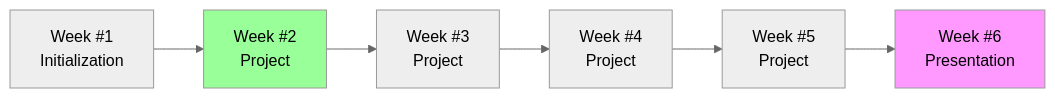
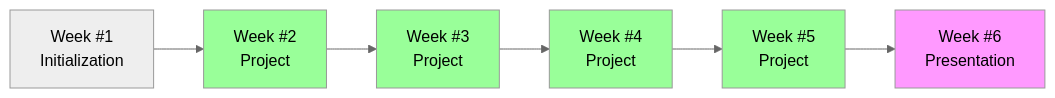
Before and after one commit to dubrayn/dubrayn.github.io: the third of 3 diagrams in IPS-DEV-TP/content.md, drawn with Mermaid (neutral theme). The commit also changed other lines of this file and 1 other file, not shown here.

```diff
--- a/IPS-DEV-TP/content.md
+++ b/IPS-DEV-TP/content.md
@@ -73,10 +74,13 @@
 <div class="mermaid">
     graph LR
     A["Week #1<br/>Initialization"] --> B
     B["Week #2<br/>Project"] --> C
     C["Week #3<br/>Project"] --> D
     D["Week #4<br/>Project"] --> E
     E["Week #5<br/>Project"] --> F["Week #6<br/>Presentation"]
     style B fill:#9f9
+    style C fill:#9f9
+    style D fill:#9f9
+    style E fill:#9f9
     style F fill:#f9f
 </div>
```
